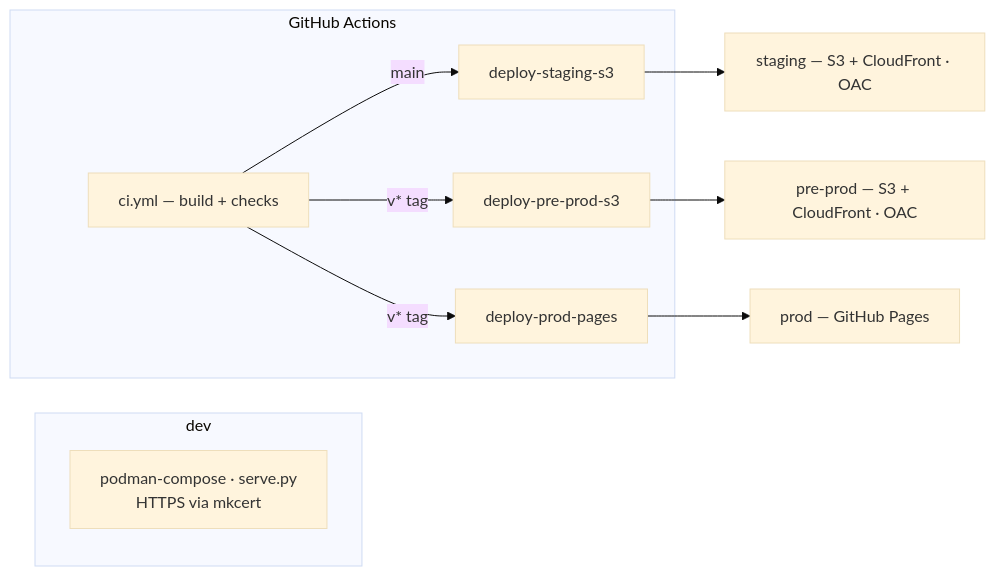
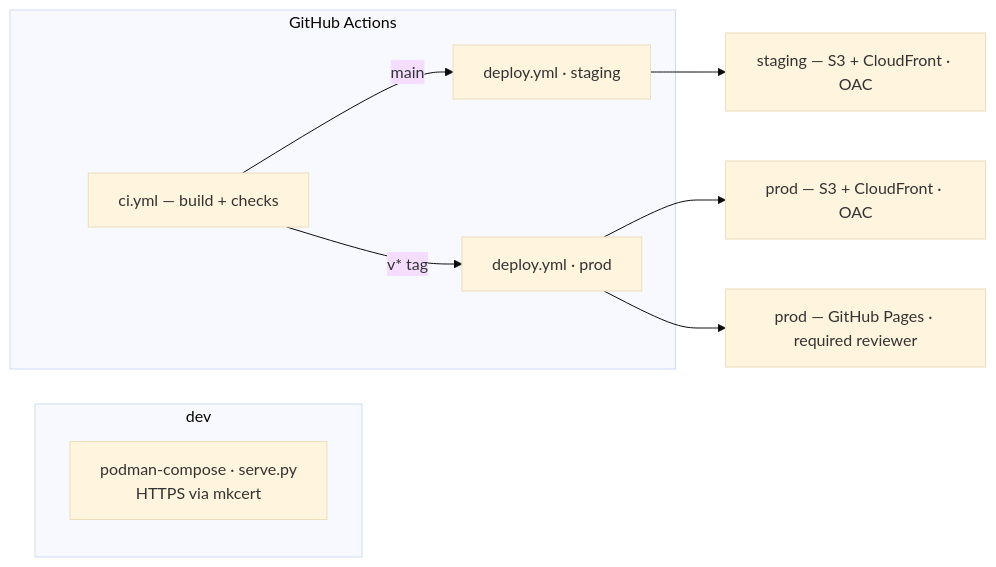
Before and after one commit to mathewmusango/my-portfolio: the first of 4 diagrams in docs/en/atlas/platform-architecture.md, drawn with Mermaid (base theme). The commit also changed other lines of this file and 16 other files, not shown here.

First line of the commit message:
ci: one deploy workflow for staging + prod, both prod planes gated (#57) (#70)

````diff
--- a/docs/en/atlas/platform-architecture.md
+++ b/docs/en/atlas/platform-architecture.md
@@ -20,14 +20,13 @@
 ```mermaid
 flowchart LR
     subgraph Local[dev]
         DEV[podman-compose · serve.py<br/>HTTPS via mkcert]
     end
     subgraph GHA[GitHub Actions]
-        B[ci.yml — build + checks] -->|main| D1[deploy-staging-s3]
-        B -->|v* tag| D2[deploy-pre-prod-s3]
-        B -->|v* tag| D3[deploy-prod-pages]
+        B[ci.yml — build + checks] -->|main| DS[deploy.yml · staging]
+        B -->|v* tag| DP[deploy.yml · prod]
     end
-    D1 --> STG[staging — S3 + CloudFront · OAC]
-    D2 --> PRE[pre-prod — S3 + CloudFront · OAC]
-    D3 --> PRD[prod — GitHub Pages]
+    DS --> STG[staging — S3 + CloudFront · OAC]
+    DP --> PAWS[prod — S3 + CloudFront · OAC]
+    DP --> PPAGES[prod — GitHub Pages · required reviewer]
 ```
````
